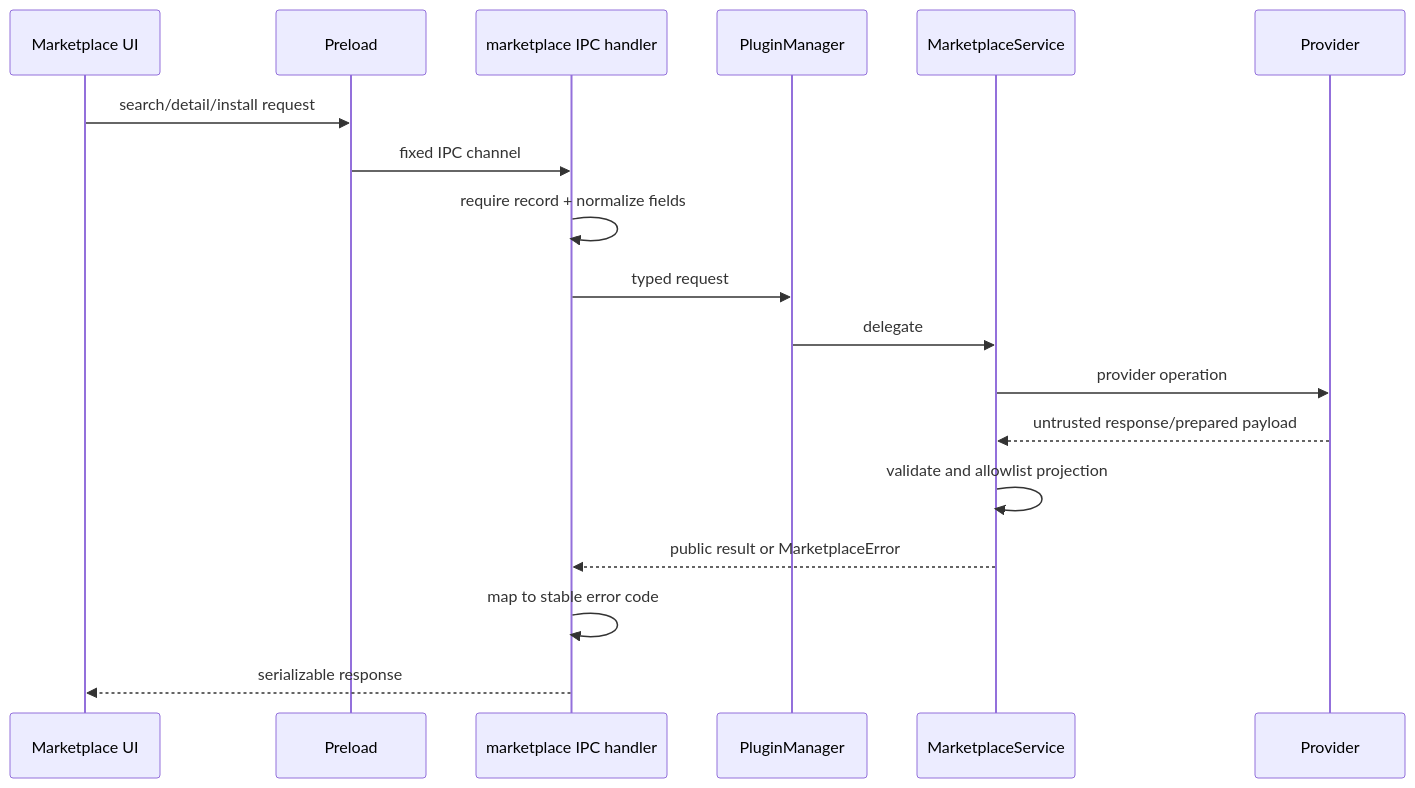
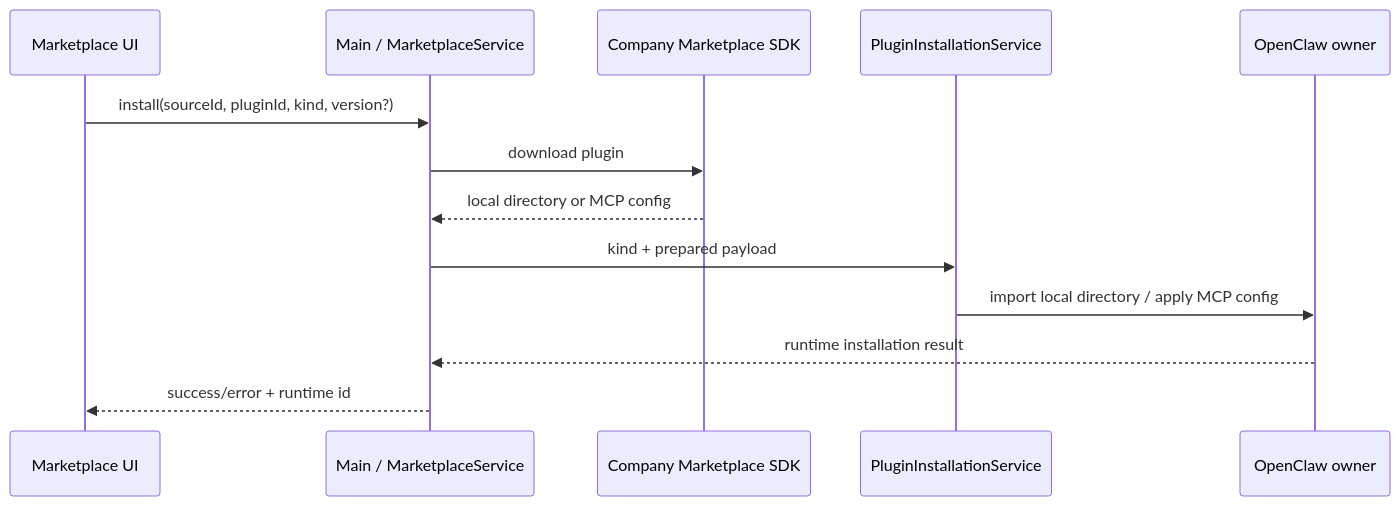
The diagram in docs/architecture/16-skill-marketplace-adapter.md (liangxhao/JustDo), drawn with Mermaid before and after one commit. The commit also changed other lines of this file and 44 other files, not shown here.

Commit message:
feat(plugins): adapt management to OpenClaw 2026.9.2

````diff
--- a/docs/architecture/16-skill-marketplace-adapter.md
+++ b/docs/architecture/16-skill-marketplace-adapter.md
@@ -139,21 +17,16 @@
 ```mermaid
 sequenceDiagram
   participant UI as Marketplace UI
-  participant P as Preload
-  participant H as marketplace IPC handler
-  participant M as PluginManager
-  participant S as MarketplaceService
-  participant V as Provider
+  participant Main as Main / MarketplaceService
+  participant SDK as Company Marketplace SDK
+  participant Install as PluginInstallationService
+  participant OC as OpenClaw owner
 
-  UI->>P: search/detail/install request
-  P->>H: fixed IPC channel
-  H->>H: require record + normalize fields
-  H->>M: typed request
-  M->>S: delegate
-  S->>V: provider operation
-  V-->>S: untrusted response/prepared payload
-  S->>S: validate and allowlist projection
-  S-->>H: public result or MarketplaceError
-  H->>H: map to stable error code
-  H-->>UI: serializable response
+  UI->>Main: install(sourceId, pluginId, kind, version?)
+  Main->>SDK: download plugin
+  SDK-->>Main: local directory or MCP config
+  Main->>Install: kind + prepared payload
+  Install->>OC: import local directory / apply MCP config
+  OC-->>Main: runtime installation result
+  Main-->>UI: success/error + runtime id
 ```
````
